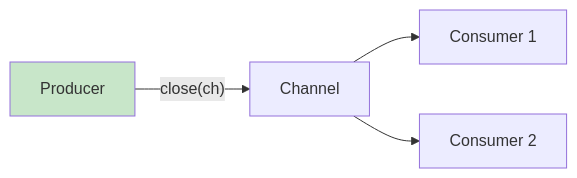
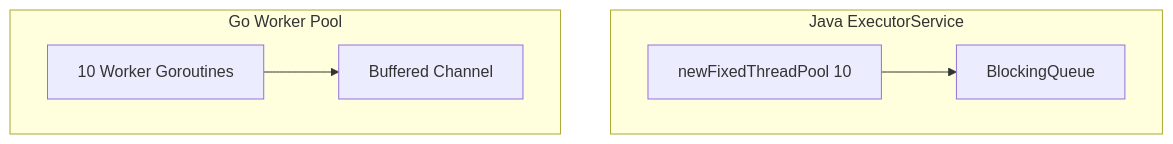
Before and after one commit to KimSeogyu/KimSeogyu.github.io: the second of 5 diagrams in src/content/backend/go/enterprise-go-4-goroutine-channel.md, drawn with Mermaid. The commit also changed other lines of this file and 7 other files, not shown here.

````diff
--- a/src/content/backend/go/enterprise-go-4-goroutine-channel.md
+++ b/src/content/backend/go/enterprise-go-4-goroutine-channel.md
@@ -138,8 +62,14 @@
 ```mermaid
-graph LR
-    P[Producer] -->|"close(ch)"| CH[Channel]
-    CH --> C1[Consumer 1]
-    CH --> C2[Consumer 2]
+graph TB
+    subgraph "Java ExecutorService"
+        JES[newFixedThreadPool 10]
+        JQ[BlockingQueue]
+        JES --> JQ
+    end
     
-    style P fill:#c8e6c9
+    subgraph "Go Worker Pool"
+        GW[10 Worker Goroutines]
+        GC[Buffered Channel]
+        GW --> GC
+    end
 ```
````
